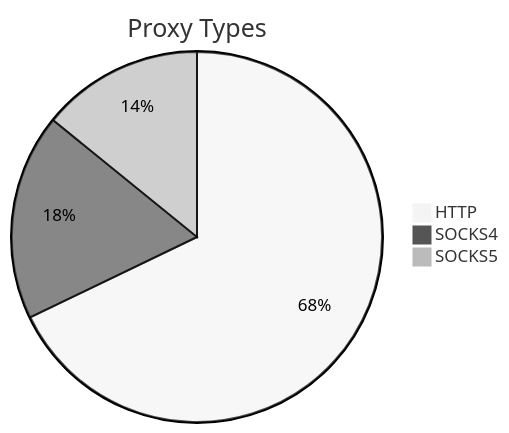
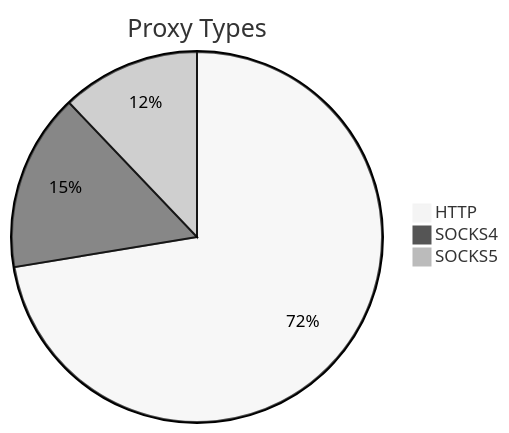
One commit to stormsia/proxy-list changed the first of 2 diagrams in README.md. Above: the diagram before and after it, drawn with Mermaid (neutral theme). The commit also changed other lines of this file, not shown here.

````diff
--- a/README.md
+++ b/README.md
@@ -21,6 +21,6 @@
 ```mermaid
 pie title Proxy Types
-    "HTTP" : 475
-    "SOCKS4" : 126
-    "SOCKS5" : 99
+    "HTTP" : 556
+    "SOCKS4" : 119
+    "SOCKS5" : 93
 ```
````
